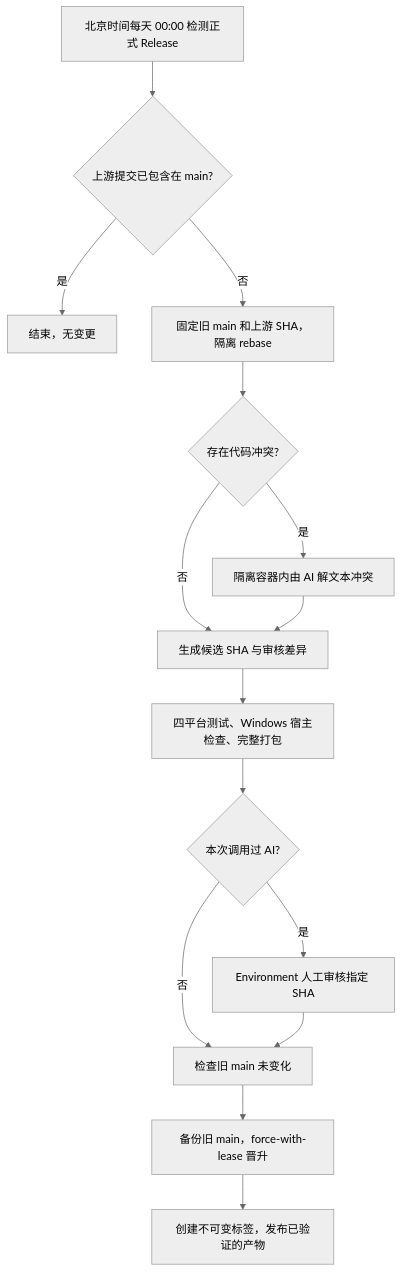
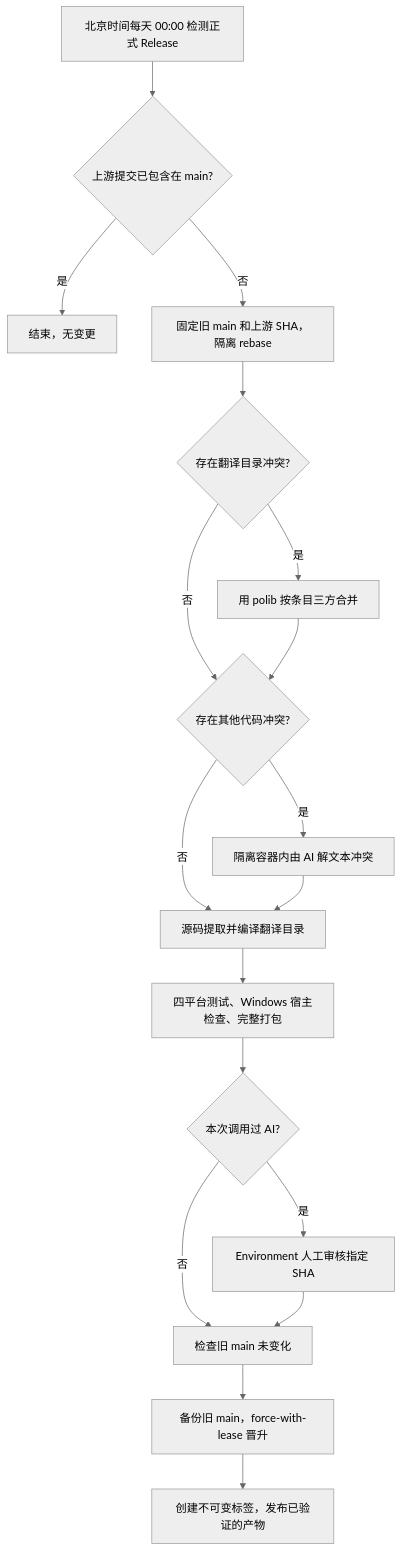
The diagram in docs/upstream-sync.md (FLuoXue/March7thAssistant), drawn with Mermaid (neutral theme) before and after one commit. The commit also changed other lines of this file and 5 other files, not shown here.

````diff
--- a/docs/upstream-sync.md
+++ b/docs/upstream-sync.md
@@ -9,17 +9,20 @@
 ```mermaid
 flowchart TD
   A[北京时间每天 00:00 检测正式 Release] --> B{上游提交已包含在 main?}
   B -->|是| C[结束，无变更]
   B -->|否| D[固定旧 main 和上游 SHA，隔离 rebase]
-  D --> E{存在代码冲突?}
-  E -->|否| G[生成候选 SHA 与审核差异]
-  E -->|是| F[隔离容器内由 AI 解文本冲突]
+  D --> E{存在翻译目录冲突?}
+  E -->|是| F[用 polib 按条目三方合并]
+  E -->|否| G{存在其他代码冲突?}
   F --> G
-  G --> H[四平台测试、Windows 宿主检查、完整打包]
-  H --> I{本次调用过 AI?}
-  I -->|是| J[Environment 人工审核指定 SHA]
-  I -->|否| K[检查旧 main 未变化]
-  J --> K
-  K --> L[备份旧 main，force-with-lease 晋升]
-  L --> M[创建不可变标签，发布已验证的产物]
+  G -->|是| I[隔离容器内由 AI 解文本冲突]
+  G -->|否| H[源码提取并编译翻译目录]
+  I --> H
+  H --> J[四平台测试、Windows 宿主检查、完整打包]
+  J --> K{本次调用过 AI?}
+  K -->|是| L[Environment 人工审核指定 SHA]
+  K -->|否| M[检查旧 main 未变化]
+  L --> M
+  M --> N[备份旧 main，force-with-lease 晋升]
+  N --> O[创建不可变标签，发布已验证的产物]
 ```
````
